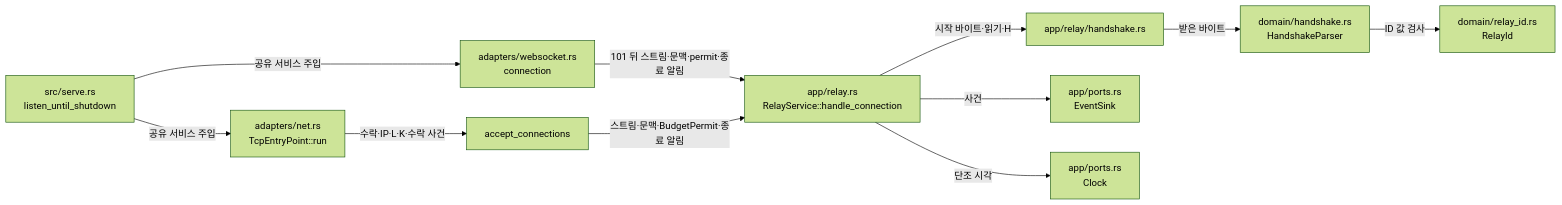
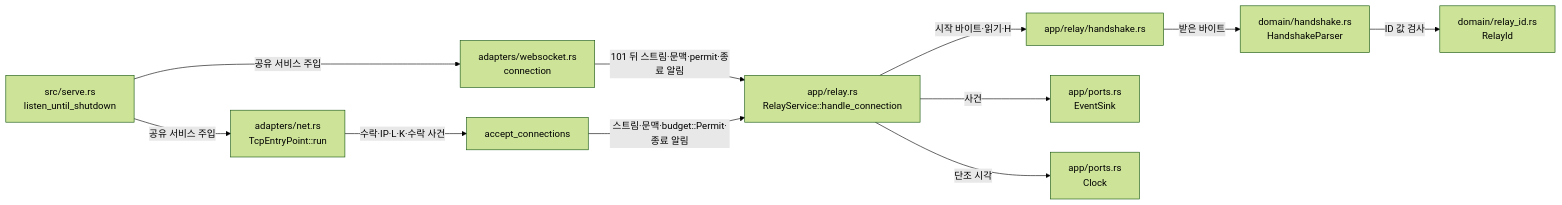
One commit to kayden-kim/vnc-relay changed the diagram in docs/architectures/initial-exchange.md. Above: the diagram before and after it, drawn with Mermaid (forest theme). The commit also changed other lines of this file and 203 other files, not shown here.

````diff
--- a/docs/architectures/initial-exchange.md
+++ b/docs/architectures/initial-exchange.md
@@ -34,13 +34,13 @@
 ```mermaid
 flowchart LR
     START["src/serve.rs<br/>listen_until_shutdown"] -->|"공유 서비스 주입"| TCP["adapters/net.rs<br/>TcpEntryPoint::run"]
     TCP -->|"수락·IP·L·K·수락 사건"| ACCEPT["accept_connections"]
     START -->|"공유 서비스 주입"| WS["adapters/websocket.rs<br/>connection"]
     WS -->|"101 뒤 스트림·문맥·permit·종료 알림"| SERVICE
-    ACCEPT -->|"스트림·문맥·BudgetPermit·종료 알림"| SERVICE["app/relay.rs<br/>RelayService::handle_connection"]
+    ACCEPT -->|"스트림·문맥·budget::Permit·종료 알림"| SERVICE["app/relay.rs<br/>RelayService::handle_connection"]
     SERVICE -->|"시작 바이트·읽기·H"| READ["app/relay/handshake.rs"]
     READ -->|"받은 바이트"| PARSE["domain/handshake.rs<br/>HandshakeParser"]
     PARSE -->|"ID 값 검사"| ID["domain/relay_id.rs<br/>RelayId"]
     SERVICE -->|"사건"| LOG["app/ports.rs<br/>EventSink"]
     SERVICE -->|"단조 시각"| CLOCK["app/ports.rs<br/>Clock"]
 ```
````
